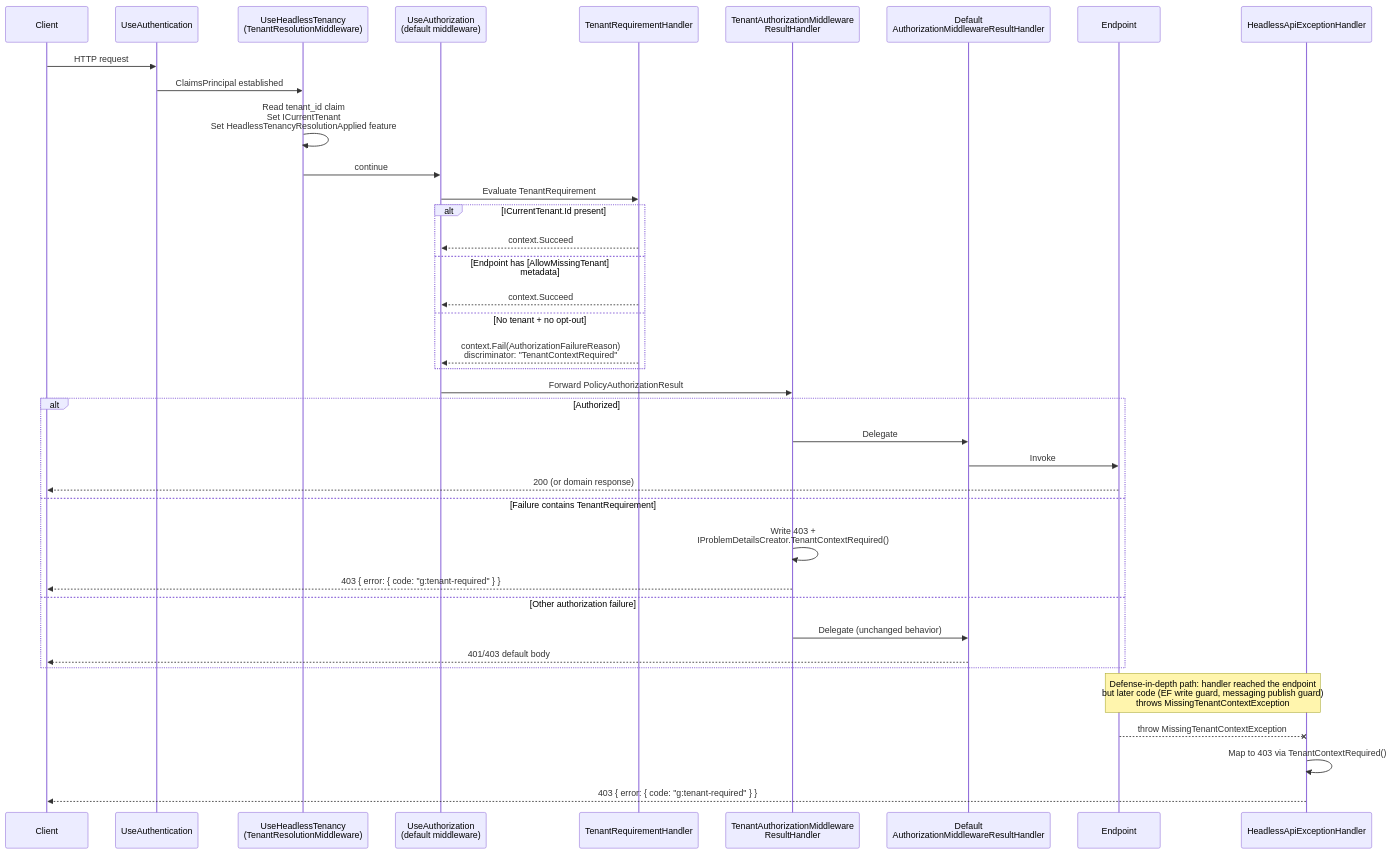
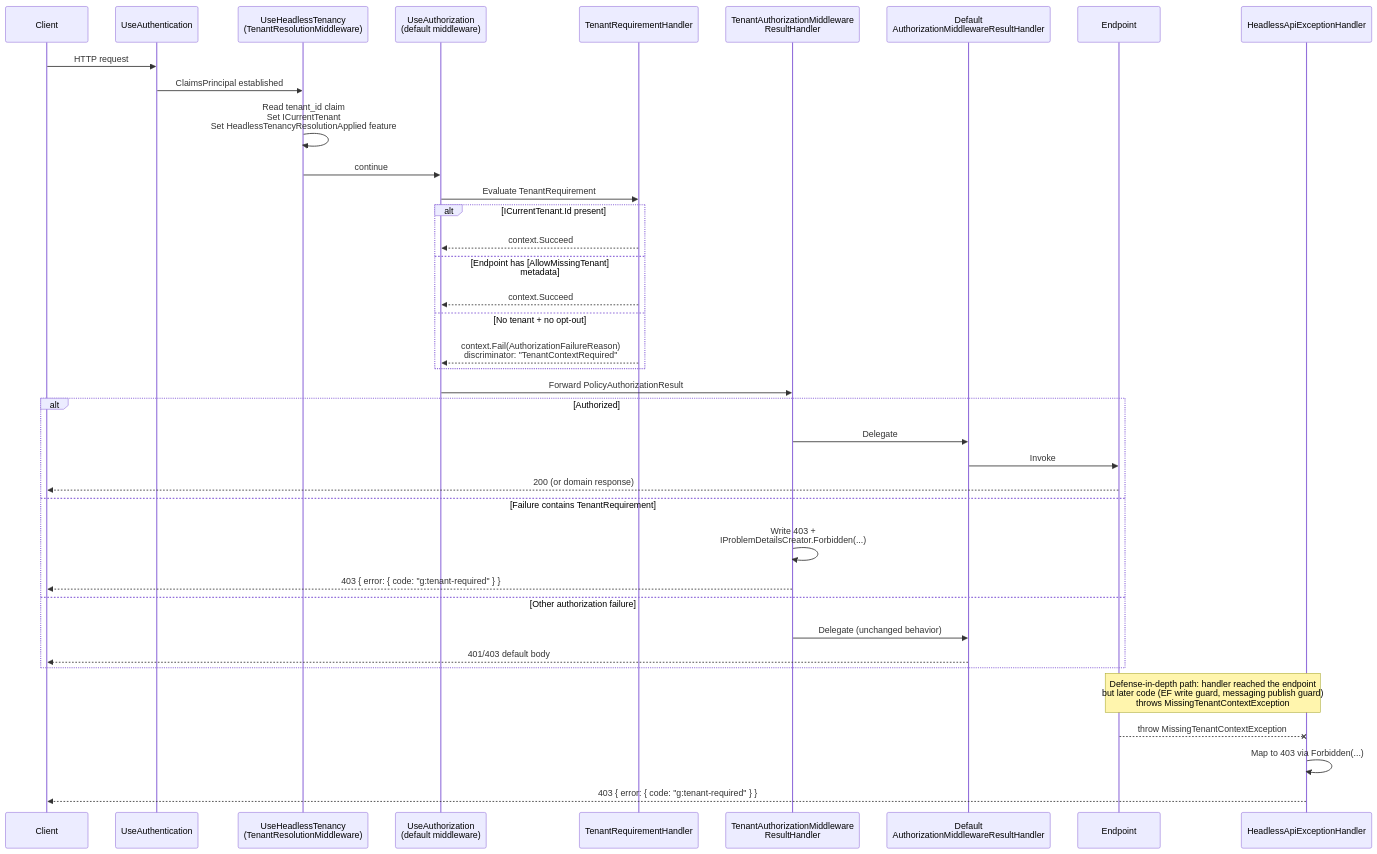
The diagram in docs/plans/2026-05-18-001-refactor-tenancy-http-authorization-requirement-plan.md (xshaheen/headless-framework), drawn with Mermaid before and after one commit. The commit also changed other lines of this file and 18 other files, not shown here.

````diff
--- a/docs/plans/2026-05-18-001-refactor-tenancy-http-authorization-requirement-plan.md
+++ b/docs/plans/2026-05-18-001-refactor-tenancy-http-authorization-requirement-plan.md
@@ -67,43 +67,43 @@
 ```mermaid
 sequenceDiagram
     participant Client
     participant Auth as UseAuthentication
     participant TenRes as UseHeadlessTenancy<br/>(TenantResolutionMiddleware)
     participant AuthZ as UseAuthorization<br/>(default middleware)
     participant TReq as TenantRequirementHandler
     participant RH as TenantAuthorizationMiddleware<br/>ResultHandler
     participant DH as Default<br/>AuthorizationMiddlewareResultHandler
     participant EP as Endpoint
     participant Ex as HeadlessApiExceptionHandler
 
     Client->>Auth: HTTP request
     Auth->>TenRes: ClaimsPrincipal established
     TenRes->>TenRes: Read tenant_id claim<br/>Set ICurrentTenant<br/>Set HeadlessTenancyResolutionApplied feature
     TenRes->>AuthZ: continue
     AuthZ->>TReq: Evaluate TenantRequirement
     alt ICurrentTenant.Id present
         TReq-->>AuthZ: context.Succeed
     else Endpoint has [AllowMissingTenant] metadata
         TReq-->>AuthZ: context.Succeed
     else No tenant + no opt-out
         TReq-->>AuthZ: context.Fail(AuthorizationFailureReason)<br/>discriminator: "TenantContextRequired"
     end
 
     AuthZ->>RH: Forward PolicyAuthorizationResult
     alt Authorized
         RH->>DH: Delegate
         DH->>EP: Invoke
         EP-->>Client: 200 (or domain response)
     else Failure contains TenantRequirement
-        RH->>RH: Write 403 +<br/>IProblemDetailsCreator.TenantContextRequired()
+        RH->>RH: Write 403 +<br/>IProblemDetailsCreator.Forbidden(...)
         RH-->>Client: 403 { error: { code: "g:tenant-required" } }
     else Other authorization failure
         RH->>DH: Delegate (unchanged behavior)
         DH-->>Client: 401/403 default body
     end
 
     Note over EP,Ex: Defense-in-depth path: handler reached the endpoint<br/>but later code (EF write guard, messaging publish guard)<br/>throws MissingTenantContextException
     EP--xEx: throw MissingTenantContextException
-    Ex->>Ex: Map to 403 via TenantContextRequired()
+    Ex->>Ex: Map to 403 via Forbidden(...)
     Ex-->>Client: 403 { error: { code: "g:tenant-required" } }
 ```
````
